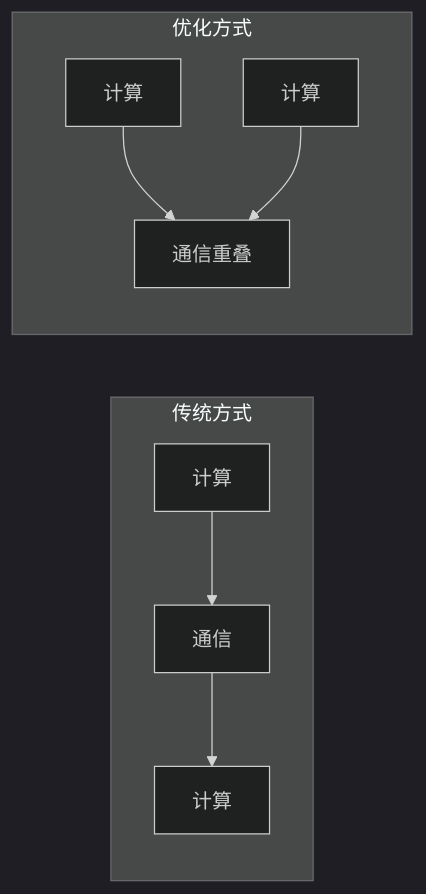
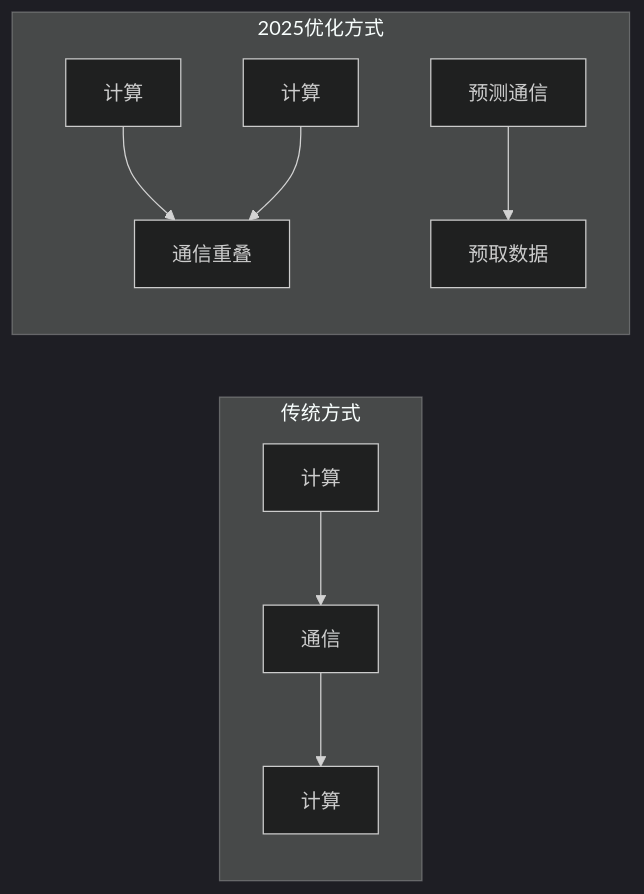
Diagram 15 of 16 in learning/website/docs/basics/13-distributed-training.md (Xunzhuo/mini-sglang), drawn with Mermaid (dark theme) before and after one commit. The commit also changed other lines of this file and 6 other files, not shown here.

````diff
--- a/learning/website/docs/basics/13-distributed-training.md
+++ b/learning/website/docs/basics/13-distributed-training.md
@@ -345,12 +483,13 @@
 ```mermaid
 flowchart LR
     subgraph "传统方式"
         C1[计算] --> CO1[通信]
         CO1 --> C2[计算]
     end
     
-    subgraph "优化方式"
+    subgraph "2025优化方式"
         C3[计算] --> CO2[通信重叠]
         C4[计算] --> CO2
+        CO3[预测通信] --> C5[预取数据]
     end
 ```
````
